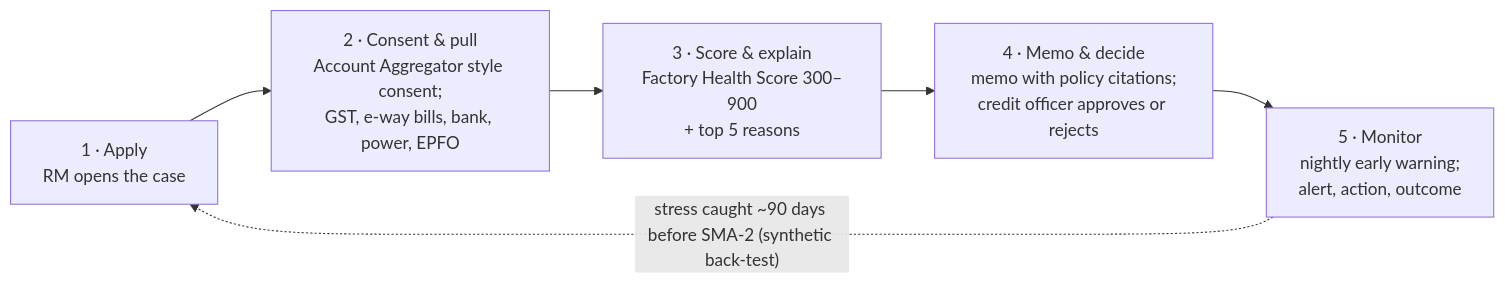
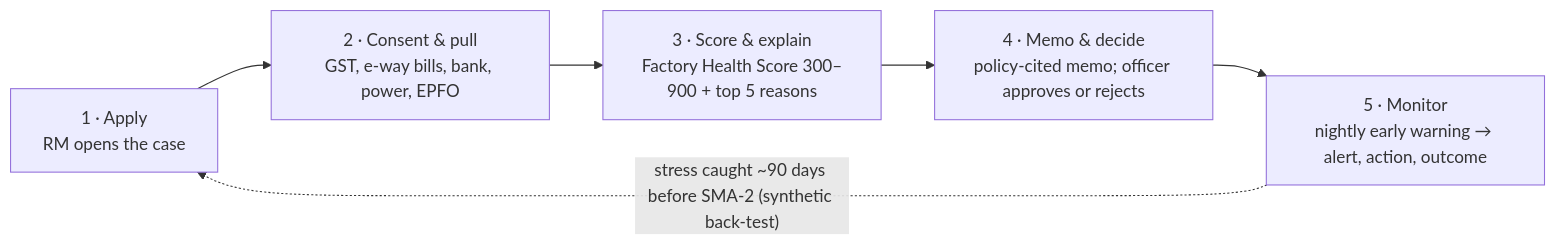
The first of 2 diagrams in README.md (yugh88/UdyamPulse), drawn with Mermaid before and after one commit. The commit also changed other lines of this file and 44 other files, not shown here.

````diff
--- a/README.md
+++ b/README.md
@@ -139,8 +84,8 @@
 ```mermaid
 flowchart LR
-    A["1 · Apply<br/>RM opens the case"] --> B["2 · Consent & pull<br/>Account Aggregator style consent;<br/>GST, e-way bills, bank, power, EPFO"]
-    B --> C["3 · Score & explain<br/>Factory Health Score 300–900<br/>+ top 5 reasons"]
-    C --> D["4 · Memo & decide<br/>memo with policy citations;<br/>credit officer approves or rejects"]
-    D --> E["5 · Monitor<br/>nightly early warning;<br/>alert, action, outcome"]
+    A["1 · Apply<br/>RM opens the case"] --> B["2 · Consent & pull<br/>GST, e-way bills, bank, power, EPFO"]
+    B --> C["3 · Score & explain<br/>Factory Health Score 300–900 + top 5 reasons"]
+    C --> D["4 · Memo & decide<br/>policy-cited memo; officer approves or rejects"]
+    D --> E["5 · Monitor<br/>nightly early warning → alert, action, outcome"]
     E -. "stress caught ~90 days before SMA-2 (synthetic back-test)" .-> A
 ```
````
